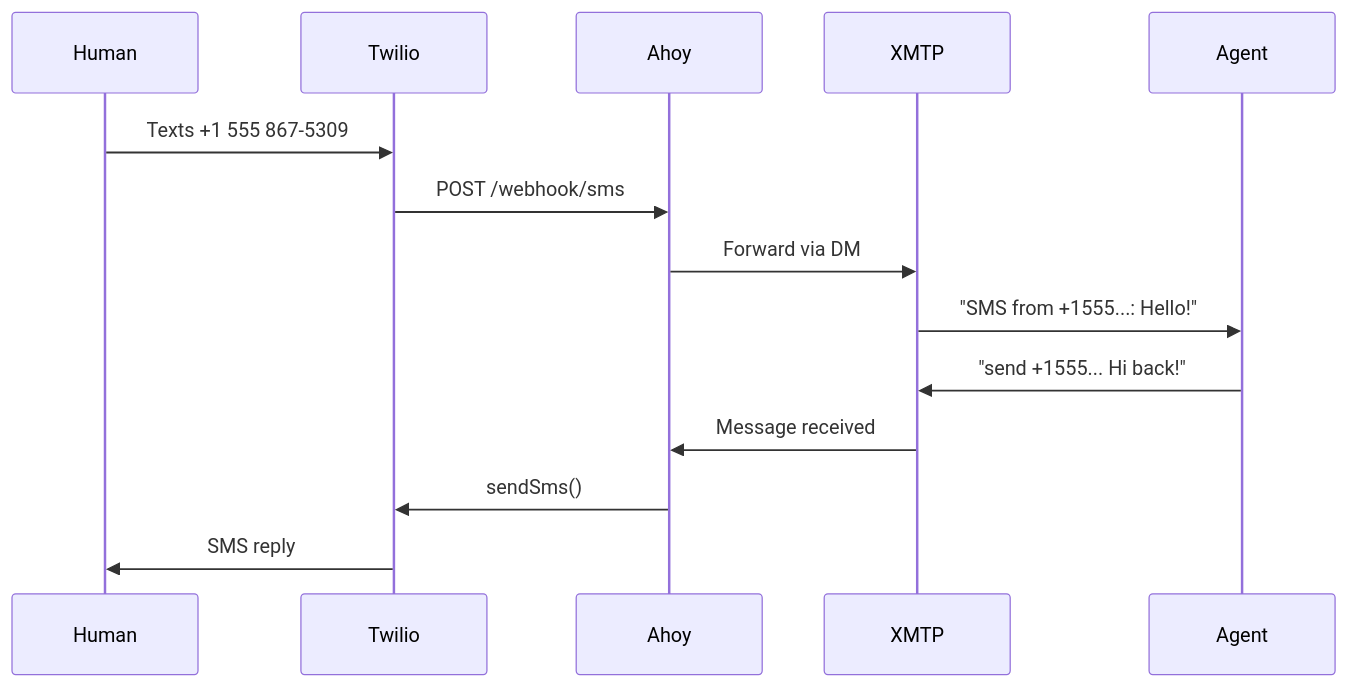
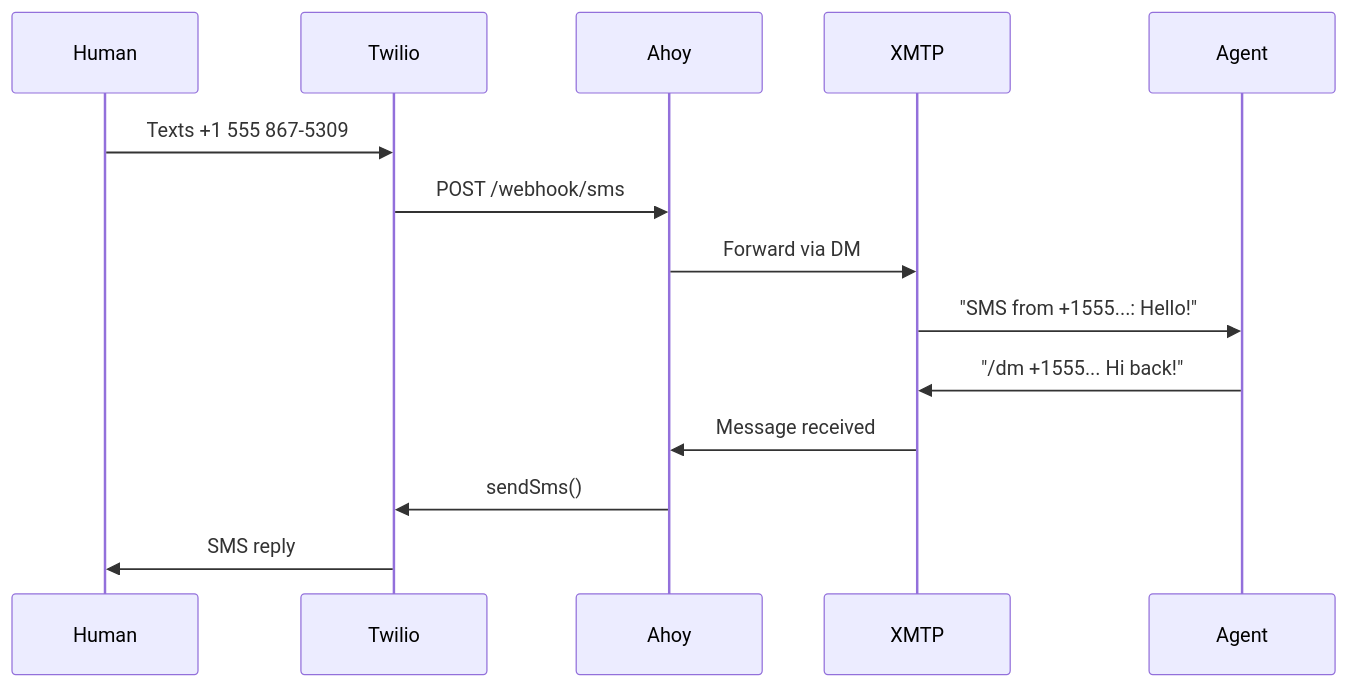
One commit to trionlabs/ahoy changed the fourth of 4 diagrams in README.md. Above: the diagram before and after it, drawn with Mermaid. The commit also changed other lines of this file and 1 other file, not shown here.

Commit message:
feat: add sms slash commands and document xmtp/sms commands

````diff
--- a/README.md
+++ b/README.md
@@ -159,18 +159,18 @@
 ```mermaid
 sequenceDiagram
     participant Human
     participant Twilio
     participant Ahoy
     participant XMTP
     participant Agent
 
     Human->>Twilio: Texts +1 555 867-5309
     Twilio->>Ahoy: POST /webhook/sms
     Ahoy->>XMTP: Forward via DM
     XMTP->>Agent: "SMS from +1555...: Hello!"
 
-    Agent->>XMTP: "send +1555... Hi back!"
+    Agent->>XMTP: "/dm +1555... Hi back!"
     XMTP->>Ahoy: Message received
     Ahoy->>Twilio: sendSms()
     Twilio->>Human: SMS reply
 ```
````
